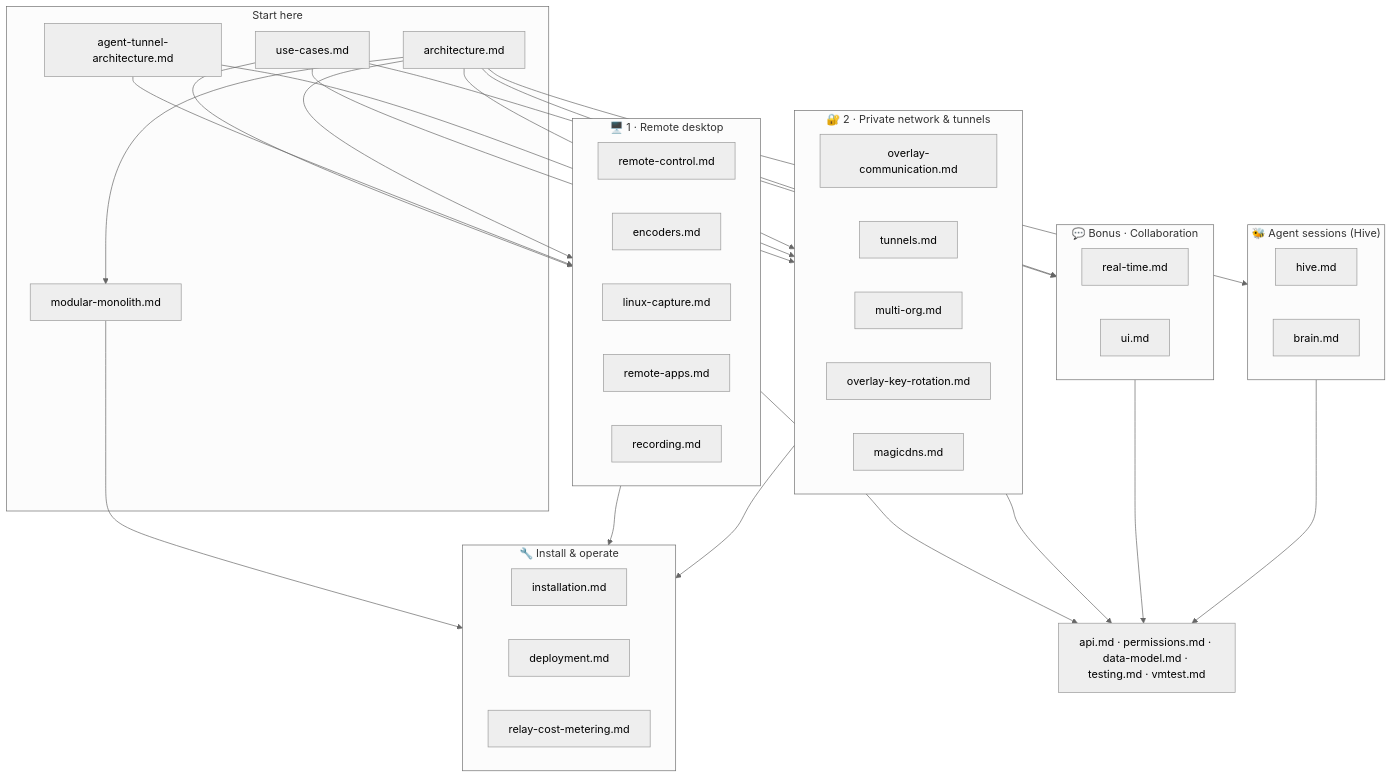
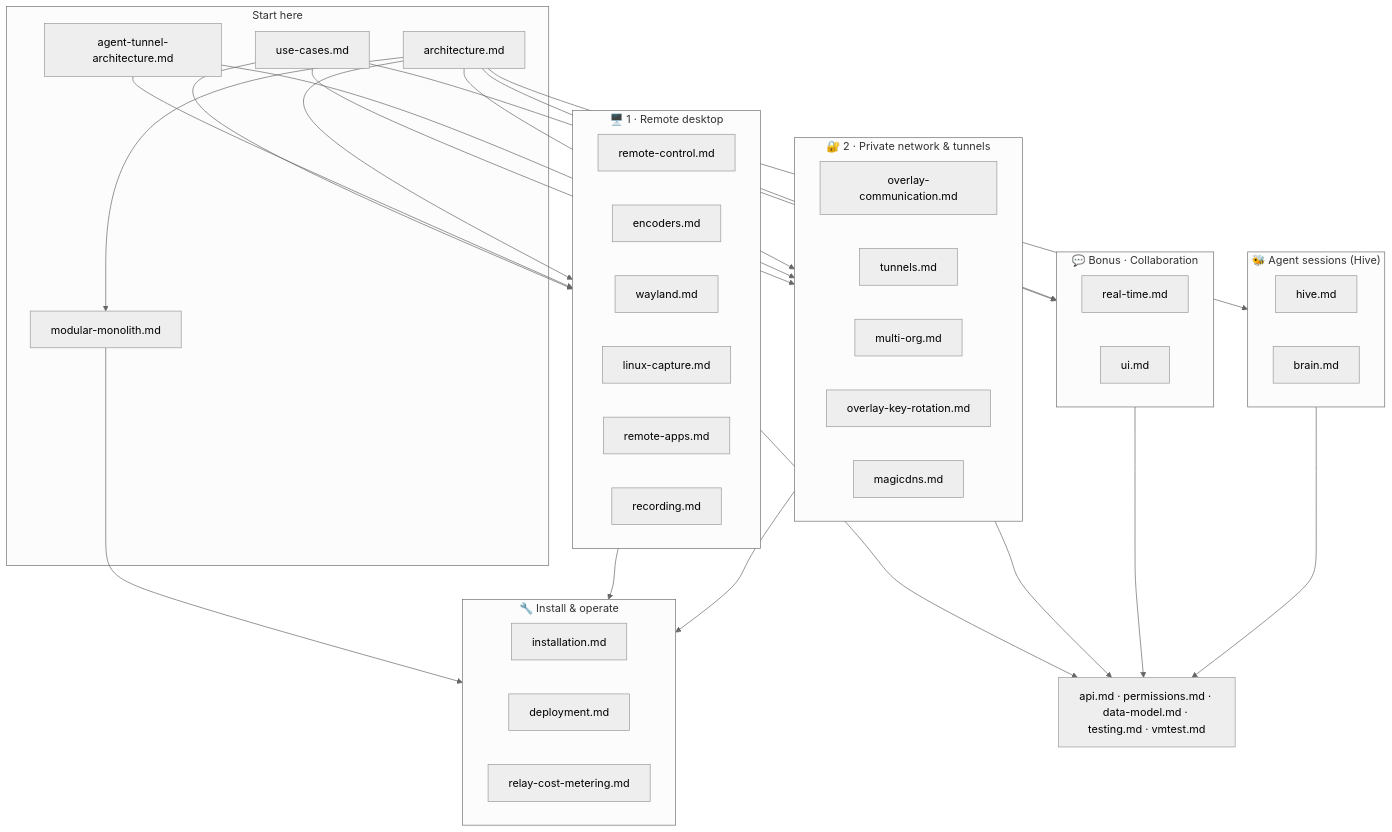
Before and after one commit to gjovanov/roomler-ai: the diagram in docs/README.md, drawn with Mermaid (neutral theme). The commit also changed other lines of this file and 2 other files, not shown here.

First line of the commit message:
docs(fr-93): 0.4.135 on the lab — AC8 ticked; docs/wayland.md (P9a) (#2196)

````diff
--- a/docs/README.md
+++ b/docs/README.md
@@ -24,52 +24,53 @@
 ```mermaid
 flowchart TB
     subgraph entry["Start here"]
         UC["use-cases.md"]
         ATA["agent-tunnel-architecture.md"]
         ARCH["architecture.md"]
         MM["modular-monolith.md"]
     end
 
     subgraph rd["🖥️ 1 · Remote desktop"]
         RC["remote-control.md"]
         ENC["encoders.md"]
+        WAY["wayland.md"]
         LCAP["linux-capture.md"]
         RAPP["remote-apps.md"]
         REC["recording.md"]
     end
 
     subgraph net["🔐 2 · Private network & tunnels"]
         OC["overlay-communication.md"]
         TUN["tunnels.md"]
         MO["multi-org.md"]
         OKR["overlay-key-rotation.md"]
         MDNS["magicdns.md"]
     end
 
     subgraph collab["💬 Bonus · Collaboration"]
         RT["real-time.md"]
         UIX["ui.md"]
     end
 
     subgraph hive["🐝 Agent sessions (Hive)"]
         HIVE["hive.md"]
         BRAIN["brain.md"]
     end
 
     subgraph ops["🔧 Install & operate"]
         INST["installation.md"]
         DEP["deployment.md"]
         RCM["relay-cost-metering.md"]
     end
 
     REF["api.md · permissions.md · data-model.md · testing.md · vmtest.md"]
 
     UC --> rd & net & collab
     ATA --> rd & net
     ARCH --> rd & net & collab
     ARCH --> MM
     ARCH --> hive
     MM --> ops
     rd & net --> ops
     rd & net & collab & hive --> REF
 ```
````
